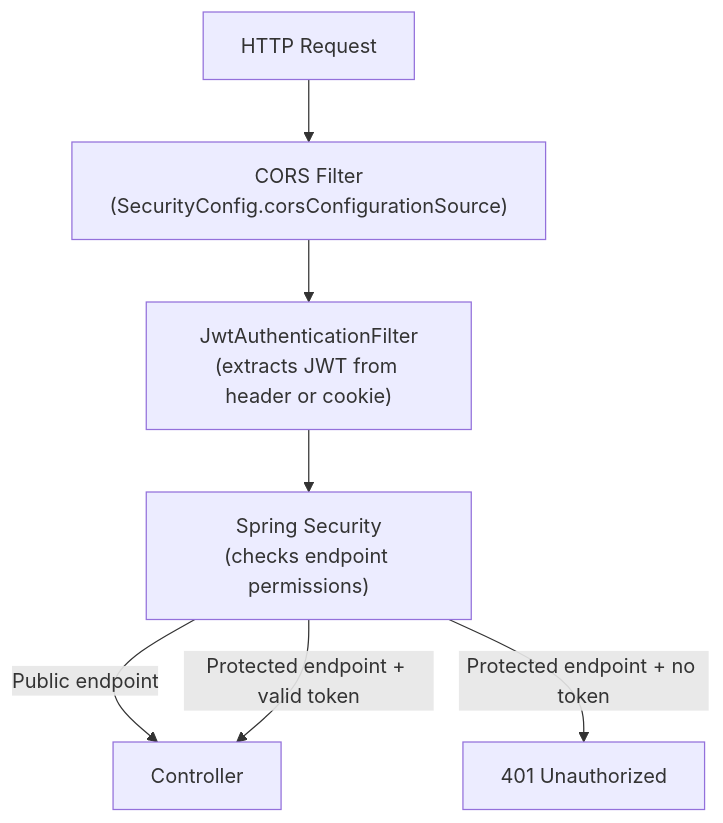
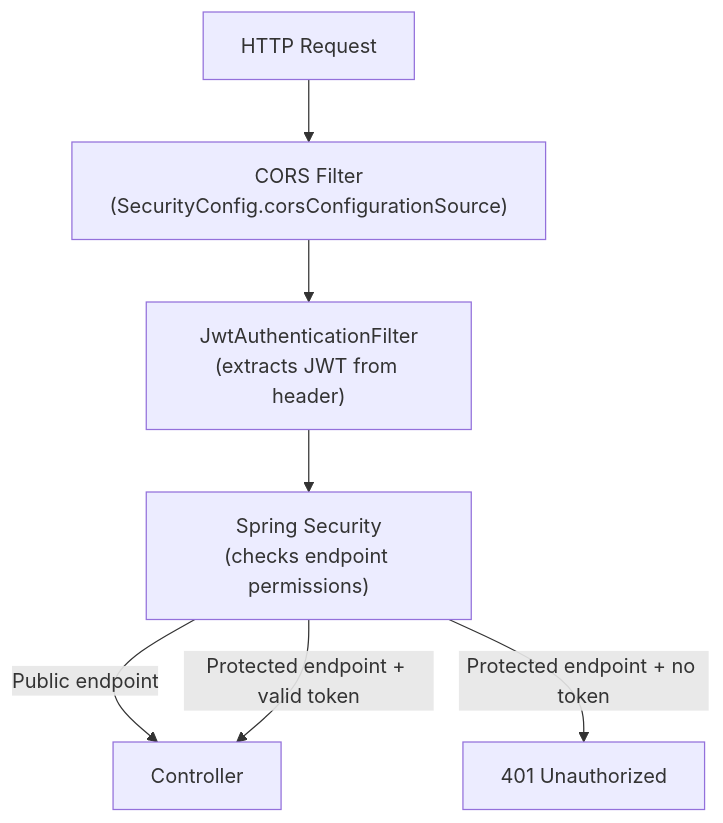
The second of 2 diagrams in docs/BACKEND_FLOW.md (Ram-ambati/LFS-App), drawn with Mermaid before and after one commit. The commit also changed other lines of this file and 30 other files, not shown here.

````diff
--- a/docs/BACKEND_FLOW.md
+++ b/docs/BACKEND_FLOW.md
@@ -179,9 +179,9 @@
 ```mermaid
 flowchart TD
     Request["HTTP Request"] --> CORS["CORS Filter\n(SecurityConfig.corsConfigurationSource)"]
-    CORS --> JWT["JwtAuthenticationFilter\n(extracts JWT from header or cookie)"]
+    CORS --> JWT["JwtAuthenticationFilter\n(extracts JWT from header)"]
     JWT --> Security["Spring Security\n(checks endpoint permissions)"]
     Security -->|"Public endpoint"| Controller["Controller"]
     Security -->|"Protected endpoint + no token"| Reject["401 Unauthorized"]
     Security -->|"Protected endpoint + valid token"| Controller
 ```
````
